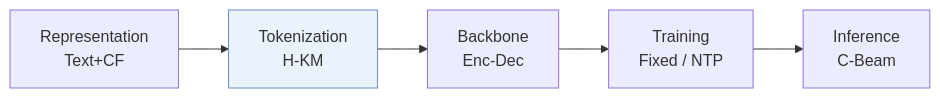
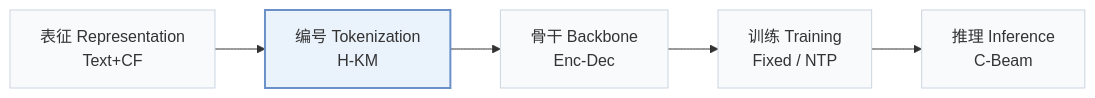
Before and after one commit to Galaxy-ghost/Awesome-SID-Generative-Rec: the first of 3 diagrams in pages/zh/papers/gram.md, drawn with Mermaid. The commit also changed other lines of this file and 649 other files, not shown here.

Commit message:
writer-05: also tags and modality index (schema, check, build, visuals); summary field removed; calibration data for 12 papers

````diff
--- a/pages/zh/papers/gram.md
+++ b/pages/zh/papers/gram.md
@@ -13,6 +15,8 @@
 ```mermaid
 flowchart LR
-    R["Representation<br/>Text+CF"] --> T["Tokenization<br/>H-KM"] --> B["Backbone<br/>Enc-Dec"] --> TR["Training<br/>Fixed / NTP"] --> I["Inference<br/>C-Beam"]
-    classDef main fill:#eaf2fb,stroke:#6b8fc7
+    R["表征 Representation<br/>Text+CF"] --> T["编号 Tokenization<br/>H-KM"] --> B["骨干 Backbone<br/>Enc-Dec"] --> TR["训练 Training<br/>Fixed / NTP"] --> I["推理 Inference<br/>C-Beam"]
+    classDef base fill:#f8fafc,stroke:#cbd5e1
+    class R,T,B,TR,I base
+    classDef main fill:#eaf2fb,stroke:#6b8fc7,stroke-width:2px
     class T main
 ```
````
